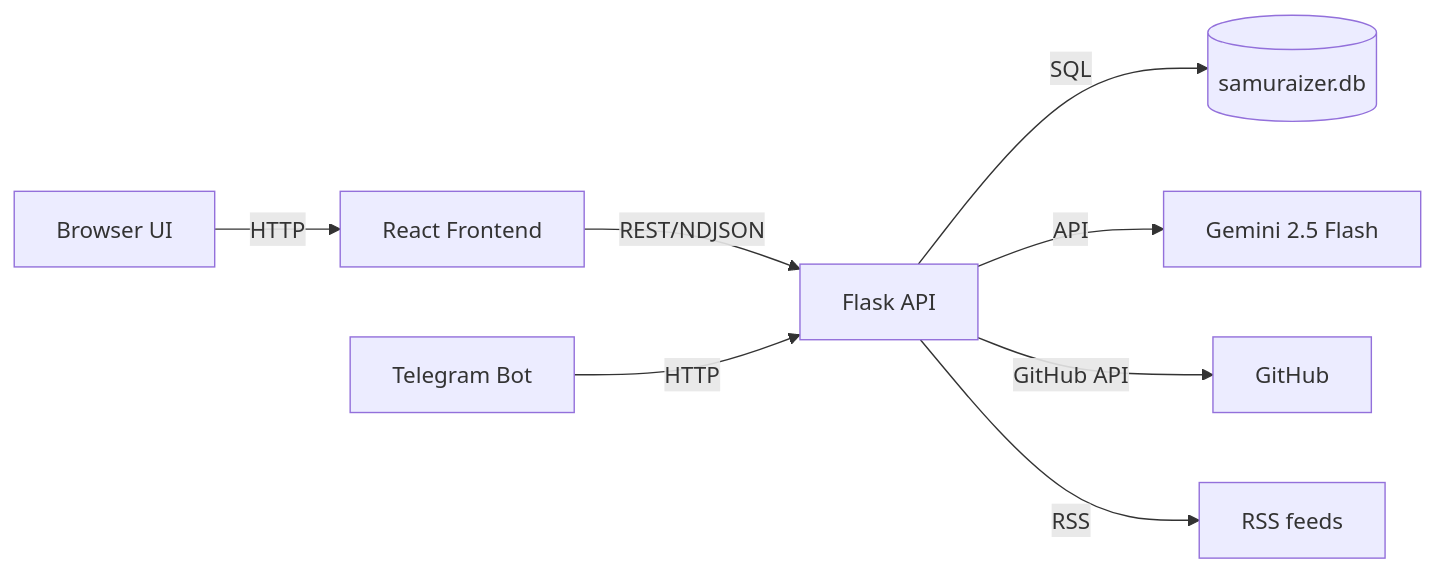
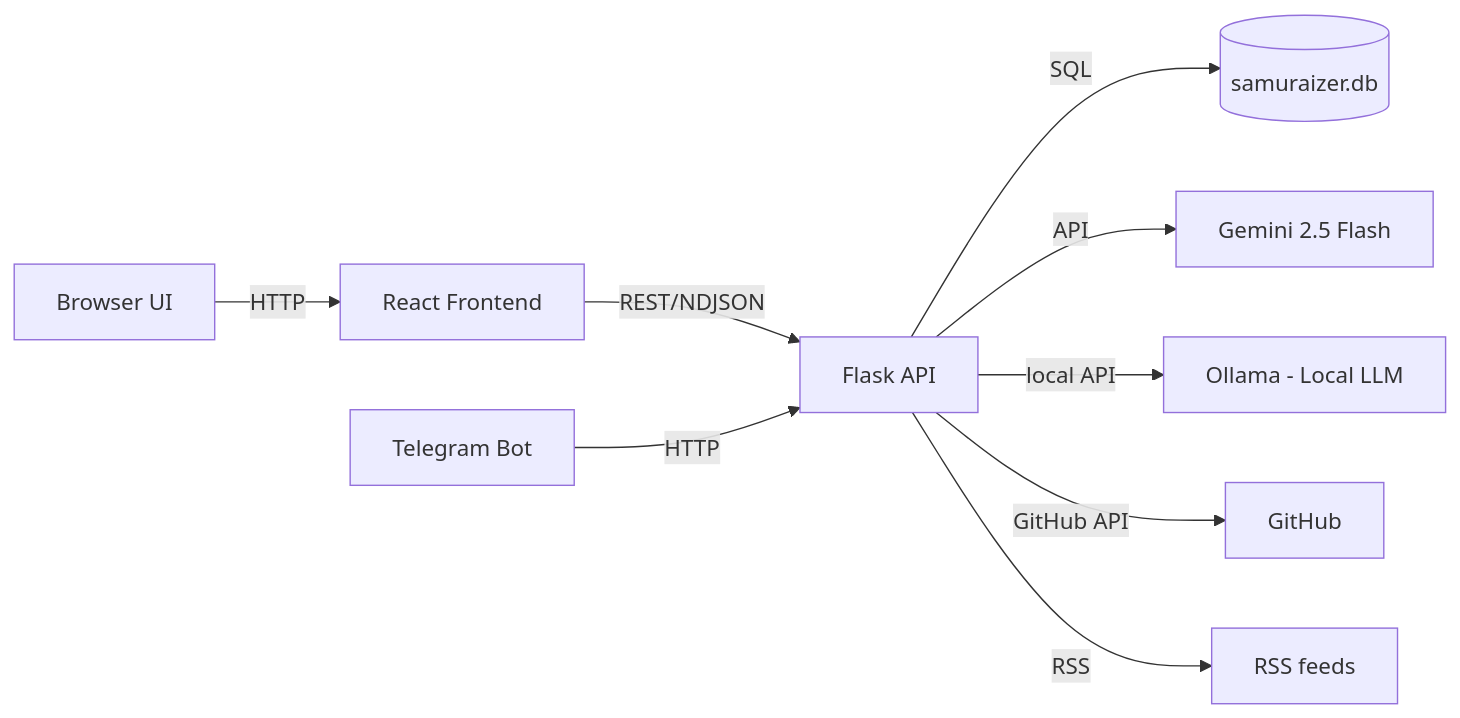
Before and after one commit to zomry1/Samuraizer: the diagram in README.md, drawn with Mermaid. The commit also changed other lines of this file and 8 other files, not shown here.

Commit message:
feat: local Ollama LLM mode, embedding system redesign, README updates

````diff
--- a/README.md
+++ b/README.md
@@ -118,10 +129,11 @@
 ```mermaid
 flowchart LR
   Browser[Browser UI] -->|HTTP| Frontend[React Frontend]
   Frontend -->|REST/NDJSON| Backend[Flask API]
   Backend -->|SQL| SQLite[(samuraizer.db)]
   Backend -->|API| Gemini[Gemini 2.5 Flash]
+  Backend -->|local API| Ollama[Ollama - Local LLM]
   Backend -->|GitHub API| GitHub[GitHub]
   Backend -->|RSS| RSS[RSS feeds]
   Telegram[Telegram Bot] -->|HTTP| Backend
 ```
````
